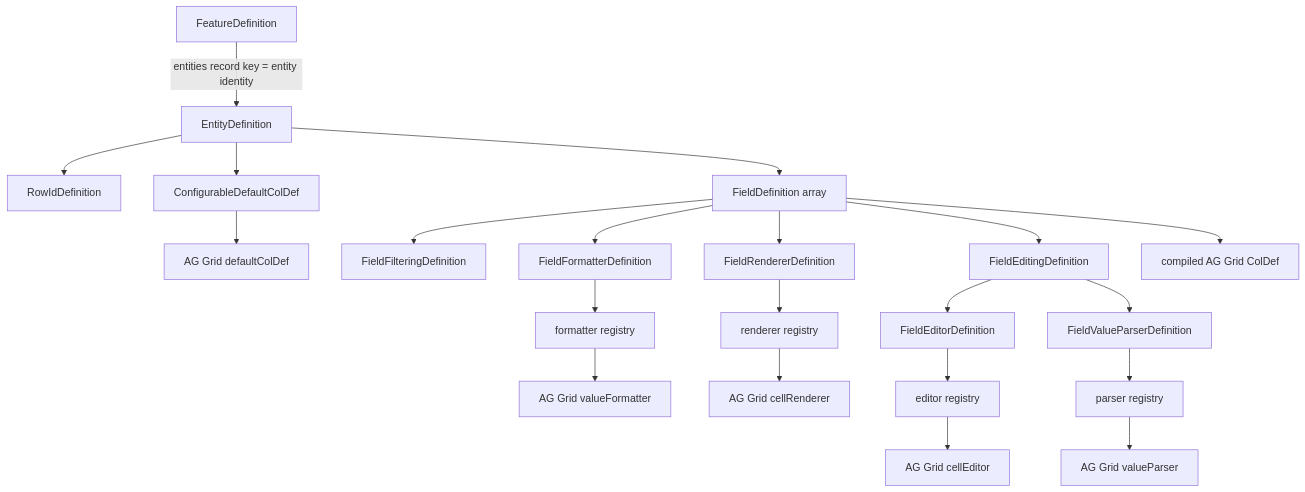
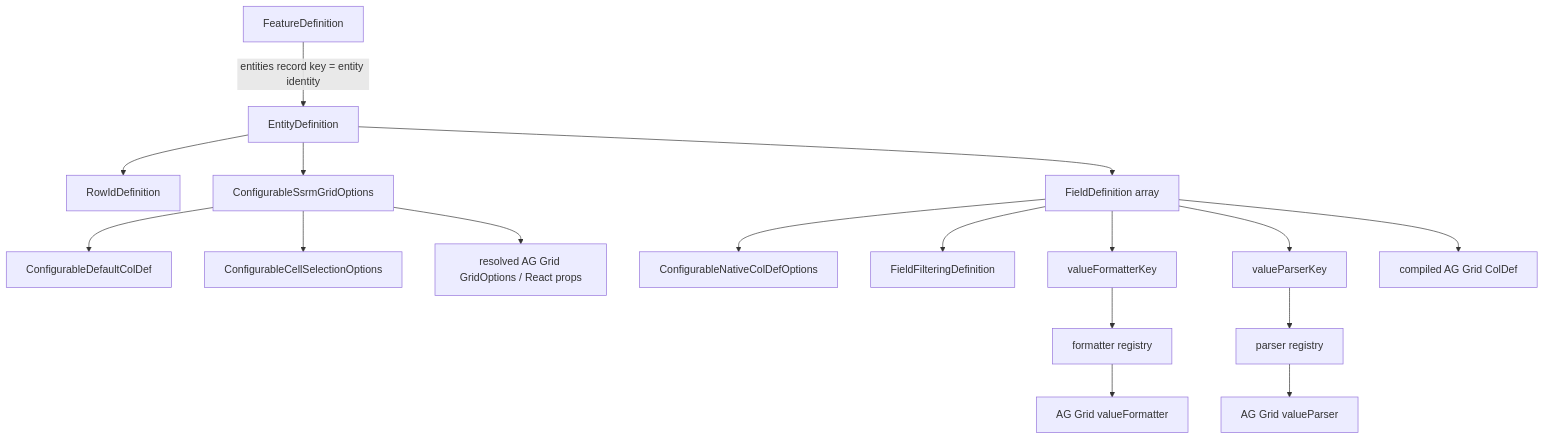
One commit to deepanshu-ahuja/aggrid-infinite-ssrm changed the diagram in docs/configurable-feature/type-hierarchy.md. Above: the diagram before and after it, drawn with Mermaid. The commit also changed other lines of this file, not shown here.

Commit message:
docs: align configurable hierarchy with native editing

````diff
--- a/docs/configurable-feature/type-hierarchy.md
+++ b/docs/configurable-feature/type-hierarchy.md
@@ -93,27 +83,19 @@
 ```mermaid
 flowchart TD
     F[FeatureDefinition] -->|entities record key = entity identity| E[EntityDefinition]
     E --> R[RowIdDefinition]
-    E --> D[ConfigurableDefaultColDef]
+    E --> GO[ConfigurableSsrmGridOptions]
+    GO --> D[ConfigurableDefaultColDef]
+    GO --> CS[ConfigurableCellSelectionOptions]
     E --> FD[FieldDefinition array]
-
+    FD --> N[ConfigurableNativeColDefOptions]
     FD --> FIL[FieldFilteringDefinition]
-    FD --> FM[FieldFormatterDefinition]
-    FD --> FR[FieldRendererDefinition]
-    FD --> ED[FieldEditingDefinition]
-    ED --> CE[FieldEditorDefinition]
-    ED --> VP[FieldValueParserDefinition]
-
-    FM --> REG1[formatter registry]
-    FR --> REG2[renderer registry]
-    CE --> REG3[editor registry]
-    VP --> REG4[parser registry]
-
-    REG1 --> VF[AG Grid valueFormatter]
-    REG2 --> CR[AG Grid cellRenderer]
-    REG3 --> CED[AG Grid cellEditor]
-    REG4 --> VPR[AG Grid valueParser]
-
-    D --> DCD[AG Grid defaultColDef]
+    FD --> FMT[valueFormatterKey]
+    FD --> PAR[valueParserKey]
+    FMT --> FR[formatter registry]
+    PAR --> PR[parser registry]
+    FR --> VF[AG Grid valueFormatter]
+    PR --> VP[AG Grid valueParser]
     FD --> CD[compiled AG Grid ColDef]
+    GO --> GRID[resolved AG Grid GridOptions / React props]
 ```
````
